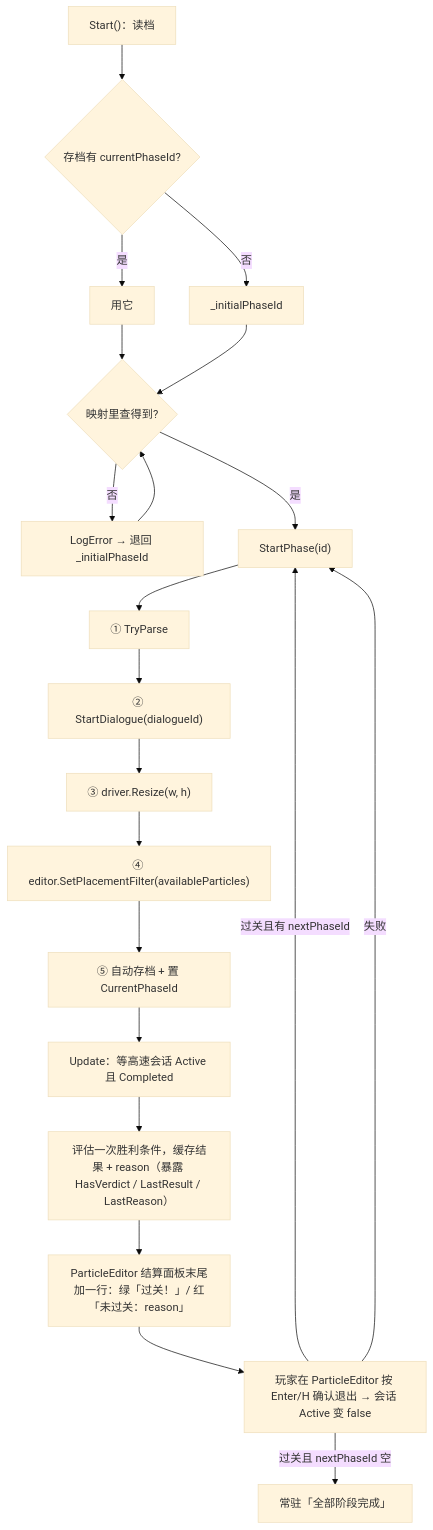
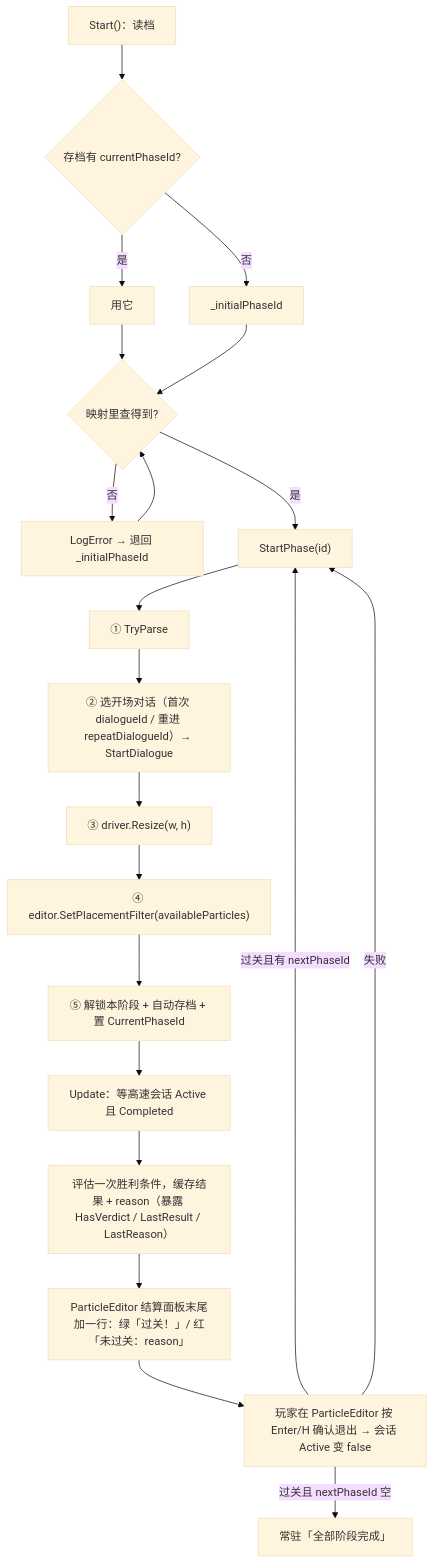
One commit to liziluyu/ThreeDaysofGenesis changed the diagram in docs/GameFlow.md. Above: the diagram before and after it, drawn with Mermaid (base theme). The commit also changed other lines of this file and 8 other files, not shown here.

First line of the commit message:
feat(flow): 阶段首次 / 重复进入播不同开场对话 + 存档记已解锁阶段 + JumpToPhase 跳关

````diff
--- a/docs/GameFlow.md
+++ b/docs/GameFlow.md
@@ -161,23 +164,23 @@
 ```mermaid
 flowchart TD
     A["Start()：读档"] --> B{存档有 currentPhaseId?}
     B -- 是 --> C[用它]
     B -- 否 --> D[_initialPhaseId]
     C --> E{映射里查得到?}
     D --> E
     E -- 否 --> F[LogError → 退回 _initialPhaseId]
     F --> E
     E -- 是 --> G["StartPhase(id)"]
     G --> H["① TryParse"]
-    H --> I["② StartDialogue(dialogueId)"]
+    H --> I["② 选开场对话（首次 dialogueId / 重进 repeatDialogueId）→ StartDialogue"]
     I --> J["③ driver.Resize(w, h)"]
     J --> K["④ editor.SetPlacementFilter(availableParticles)"]
-    K --> L["⑤ 自动存档 + 置 CurrentPhaseId"]
+    K --> L["⑤ 解锁本阶段 + 自动存档 + 置 CurrentPhaseId"]
     L --> M["Update：等高速会话 Active 且 Completed"]
     M --> N["评估一次胜利条件，缓存结果 + reason（暴露 HasVerdict / LastResult / LastReason）"]
     N --> O["ParticleEditor 结算面板末尾加一行：绿「过关！」/ 红「未过关：reason」"]
     O --> P["玩家在 ParticleEditor 按 Enter/H 确认退出 → 会话 Active 变 false"]
     P -- 过关且 nextPhaseId 空 --> Q["常驻「全部阶段完成」"]
     P -- 过关且有 nextPhaseId --> G
     P -- 失败 --> G
 ```
````
